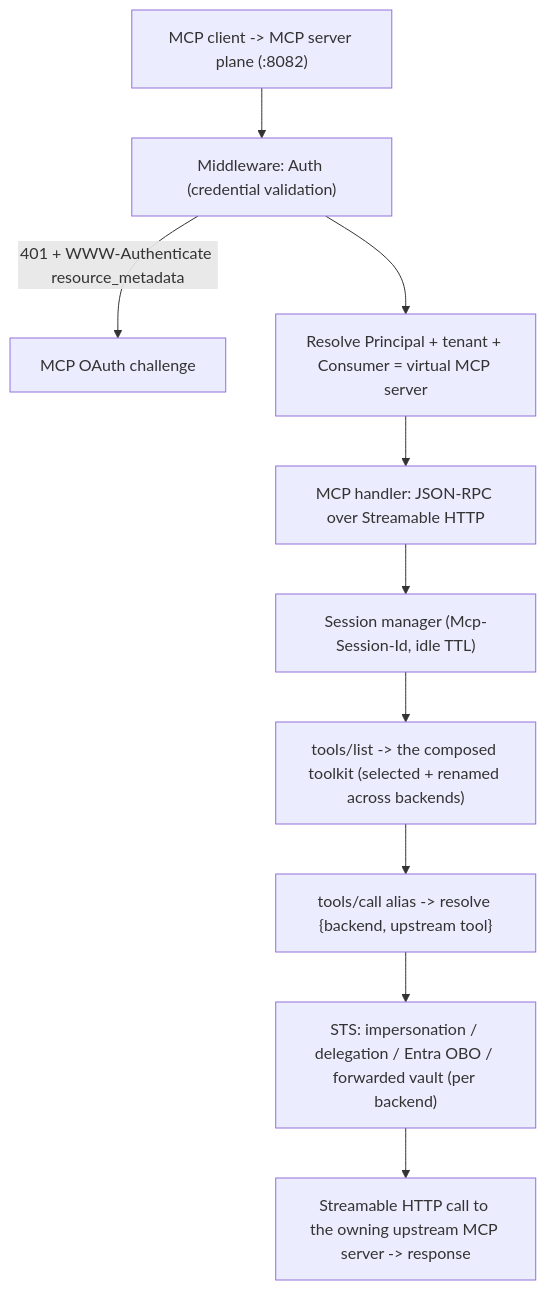
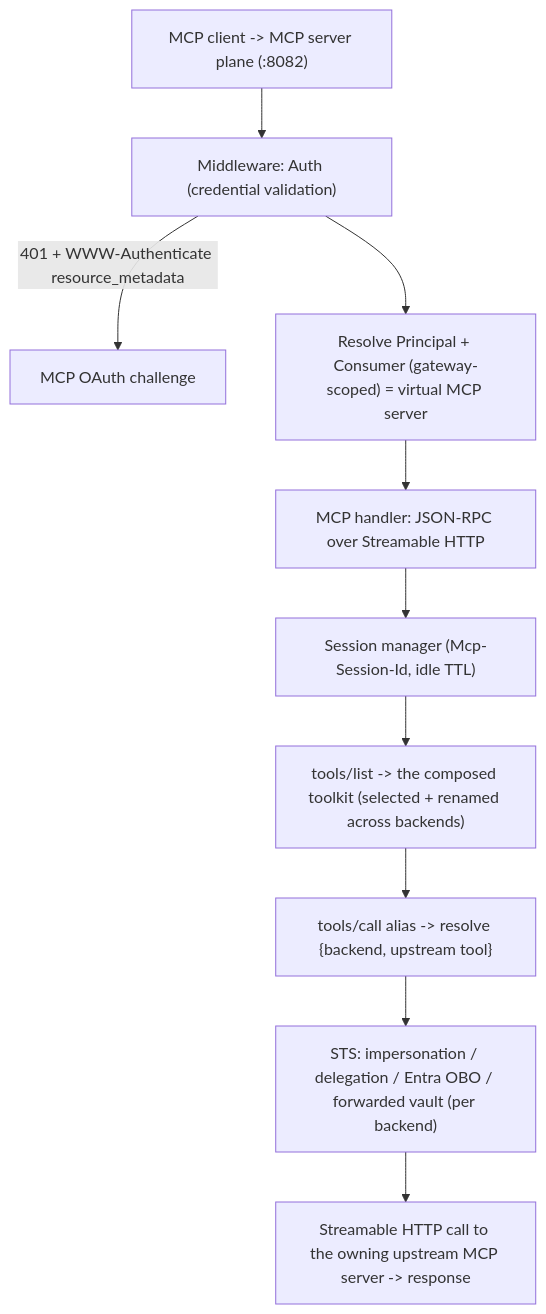
One commit to NeuralTrust/TrustGate changed the first of 7 diagrams in docs/design/trustgate-mcp-gateway-epic-plan.md. Above: the diagram before and after it, drawn with Mermaid. The commit also changed other lines of this file and 76 other files, not shown here.

Commit message:
mcp gateway phase 2

````diff
--- a/docs/design/trustgate-mcp-gateway-epic-plan.md
+++ b/docs/design/trustgate-mcp-gateway-epic-plan.md
@@ -49,12 +46,12 @@
 ```mermaid
 flowchart TD
   A["MCP client -> MCP server plane (:8082)"] --> B["Middleware: Auth (credential validation)"]
   B -->|"401 + WWW-Authenticate resource_metadata"| Z["MCP OAuth challenge"]
-  B --> C["Resolve Principal + tenant + Consumer = virtual MCP server"]
+  B --> C["Resolve Principal + Consumer (gateway-scoped) = virtual MCP server"]
   C --> D["MCP handler: JSON-RPC over Streamable HTTP"]
   D --> E["Session manager (Mcp-Session-Id, idle TTL)"]
   E --> F["tools/list -> the composed toolkit (selected + renamed across backends)"]
   F --> H["tools/call alias -> resolve {backend, upstream tool}"]
   H --> I["STS: impersonation / delegation / Entra OBO / forwarded vault (per backend)"]
   I --> J["Streamable HTTP call to the owning upstream MCP server -> response"]
 ```
````
